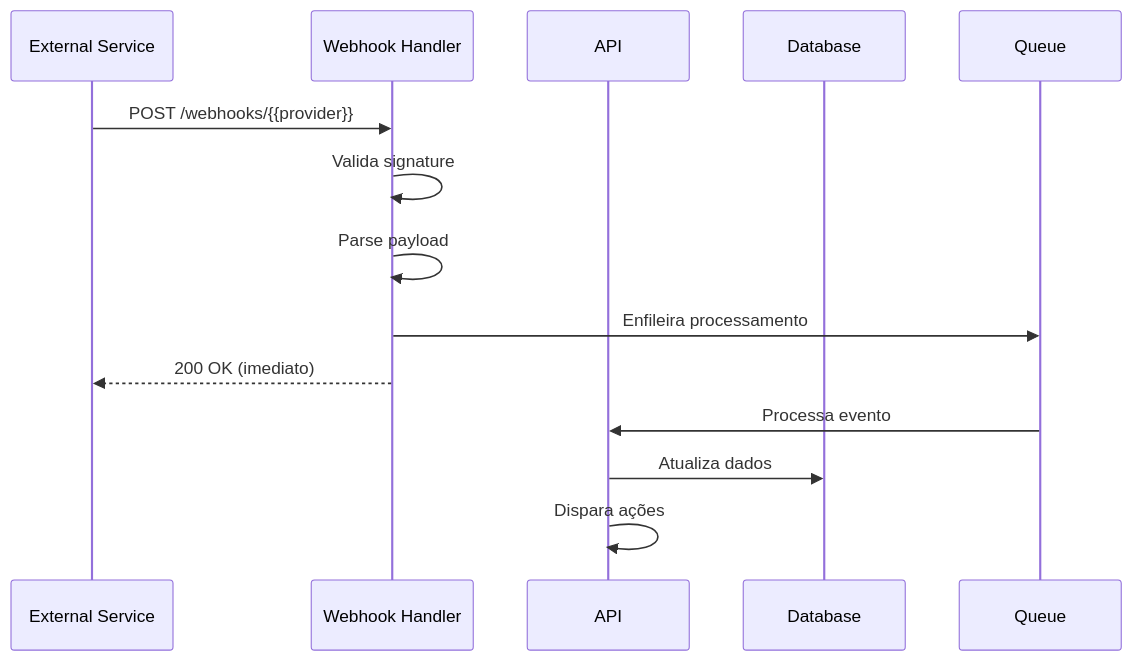
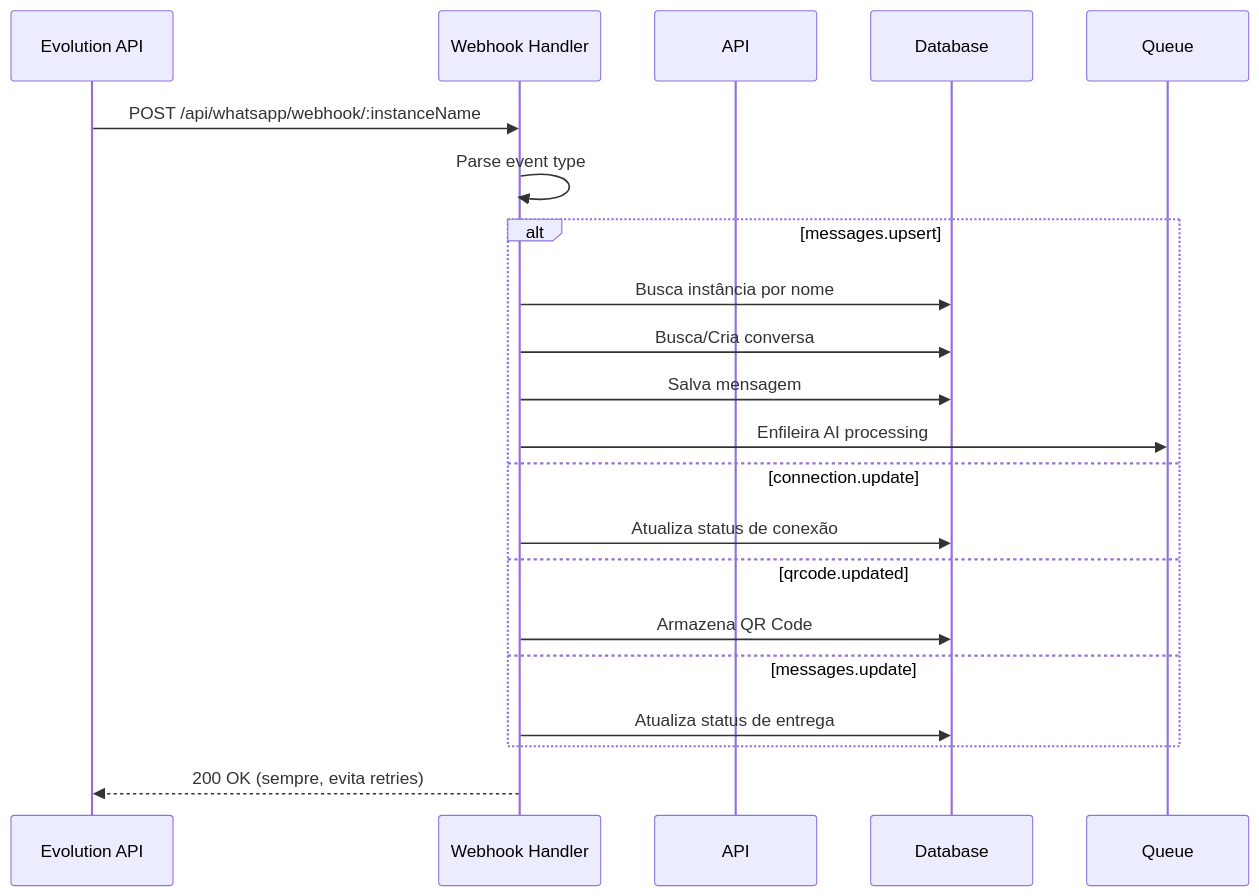
The tenth of 10 diagrams in docs/spec/05-diagramas-sequencia.md (sebavieira/template-cli-seba), drawn with Mermaid before and after one commit. The commit also changed other lines of this file and 75 other files, not shown here.

````diff
--- a/docs/spec/05-diagramas-sequencia.md
+++ b/docs/spec/05-diagramas-sequencia.md
@@ -143,18 +263,26 @@
 ```mermaid
 sequenceDiagram
-    participant E as External Service
+    participant E as Evolution API
     participant W as Webhook Handler
     participant A as API
     participant D as Database
     participant Q as Queue
 
-    E->>W: POST /webhooks/{{provider}}
-    W->>W: Valida signature
-    W->>W: Parse payload
-    W->>Q: Enfileira processamento
-    W-->>E: 200 OK (imediato)
+    E->>W: POST /api/whatsapp/webhook/:instanceName
+    W->>W: Parse event type
 
-    Q->>A: Processa evento
-    A->>D: Atualiza dados
-    A->>A: Dispara ações
+    alt messages.upsert
+        W->>D: Busca instância por nome
+        W->>D: Busca/Cria conversa
+        W->>D: Salva mensagem
+        W->>Q: Enfileira AI processing
+    else connection.update
+        W->>D: Atualiza status de conexão
+    else qrcode.updated
+        W->>D: Armazena QR Code
+    else messages.update
+        W->>D: Atualiza status de entrega
+    end
+
+    W-->>E: 200 OK (sempre, evita retries)
 ```
````
